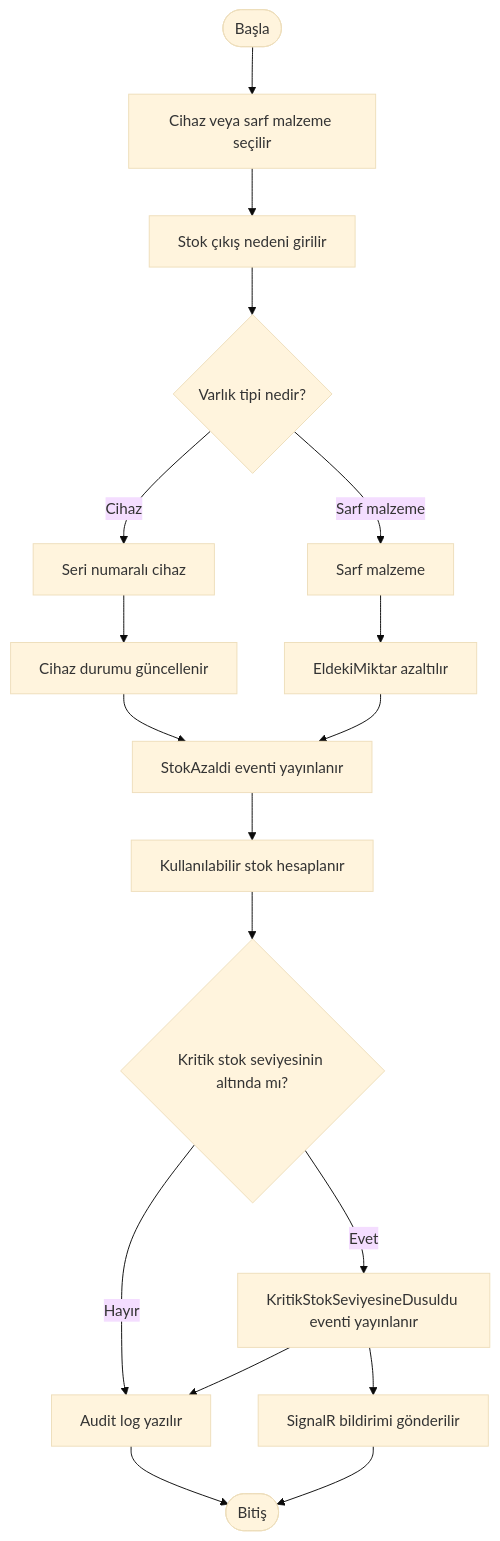
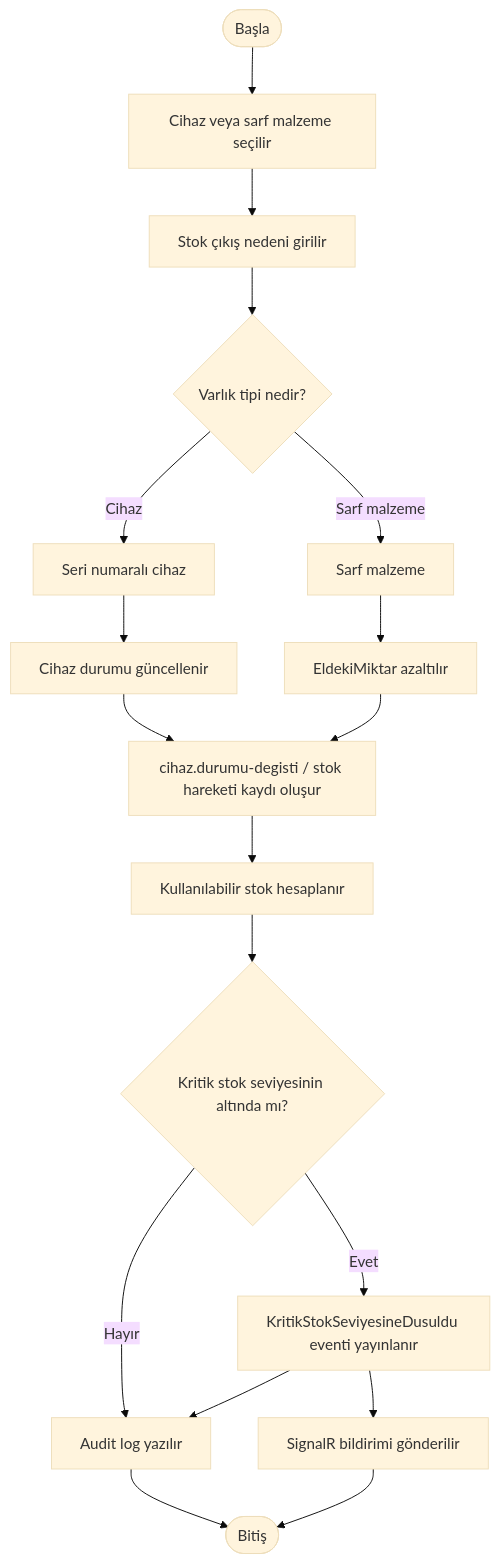
The diagram in dokümanlar/diyagram kodları/İş Akışları/is-akisi-stok-cikisi-kritik-stok.mmd (fatihdmrc/ITEnvanterTakibiMikroservisProjesi), drawn with Mermaid (base theme) before and after one commit. The commit also changed other lines of this file and 80 other files, not shown here.

```diff
--- a/dokümanlar/diyagram kodları/İş Akışları/is-akisi-stok-cikisi-kritik-stok.mmd
+++ b/dokümanlar/diyagram kodları/İş Akışları/is-akisi-stok-cikisi-kritik-stok.mmd
@@ -1,34 +1,34 @@
 flowchart TB
     Start([Başla])
     VarlikSec["Cihaz veya sarf malzeme seçilir"]
     Neden["Stok çıkış nedeni girilir"]
     Tip{"Varlık tipi nedir?"}
     Cihaz["Seri numaralı cihaz"]
     Sarf["Sarf malzeme"]
     CihazDurum["Cihaz durumu güncellenir"]
     SarfMiktar["EldekiMiktar azaltılır"]
-    StokEvent["StokAzaldi eventi yayınlanır"]
+    StokEvent["cihaz.durumu-degisti / stok hareketi kaydı oluşur"]
     StokHesapla["Kullanılabilir stok hesaplanır"]
     KritikMi{"Kritik stok seviyesinin altında mı?"}
     KritikEvent["KritikStokSeviyesineDusuldu eventi yayınlanır"]
     Audit["Audit log yazılır"]
     Bildirim["SignalR bildirimi gönderilir"]
     End([Bitiş])
 
     Start --> VarlikSec
     VarlikSec --> Neden
     Neden --> Tip
     Tip -- "Cihaz" --> Cihaz
     Tip -- "Sarf malzeme" --> Sarf
     Cihaz --> CihazDurum
     Sarf --> SarfMiktar
     CihazDurum --> StokEvent
     SarfMiktar --> StokEvent
     StokEvent --> StokHesapla
     StokHesapla --> KritikMi
     KritikMi -- "Evet" --> KritikEvent
     KritikMi -- "Hayır" --> Audit
     KritikEvent --> Audit
     KritikEvent --> Bildirim
     Audit --> End
     Bildirim --> End
```
